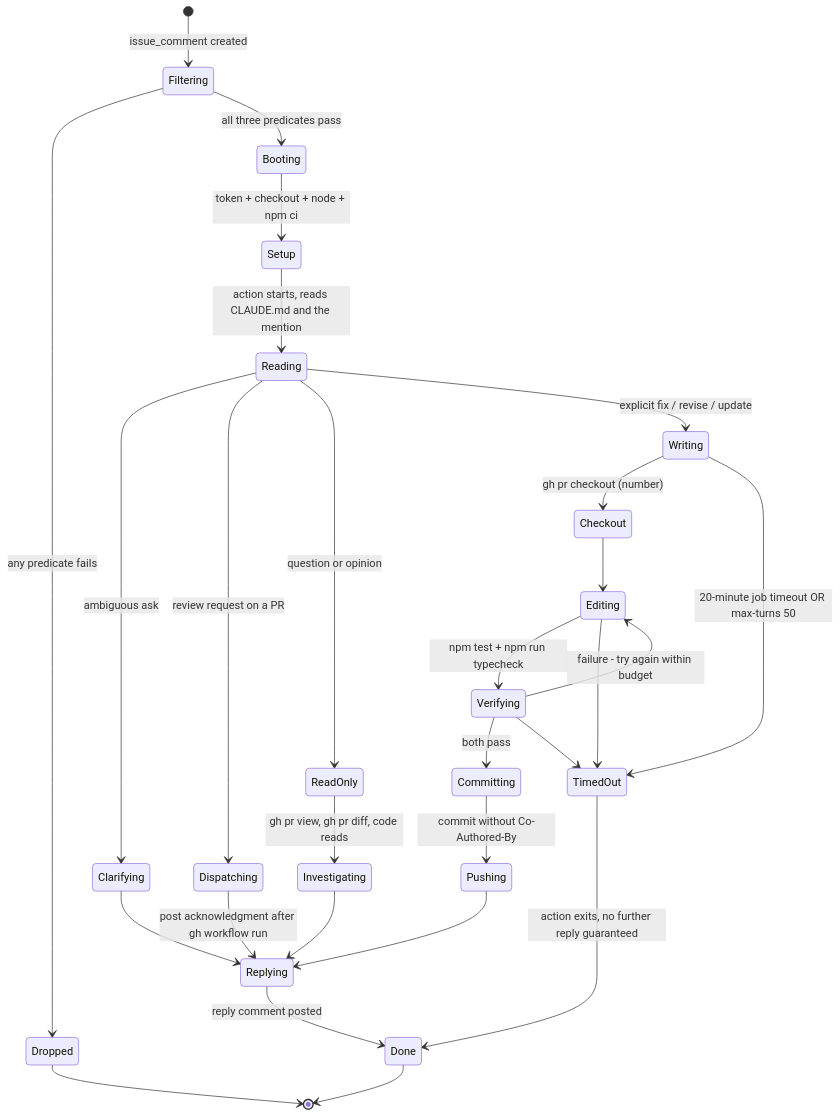
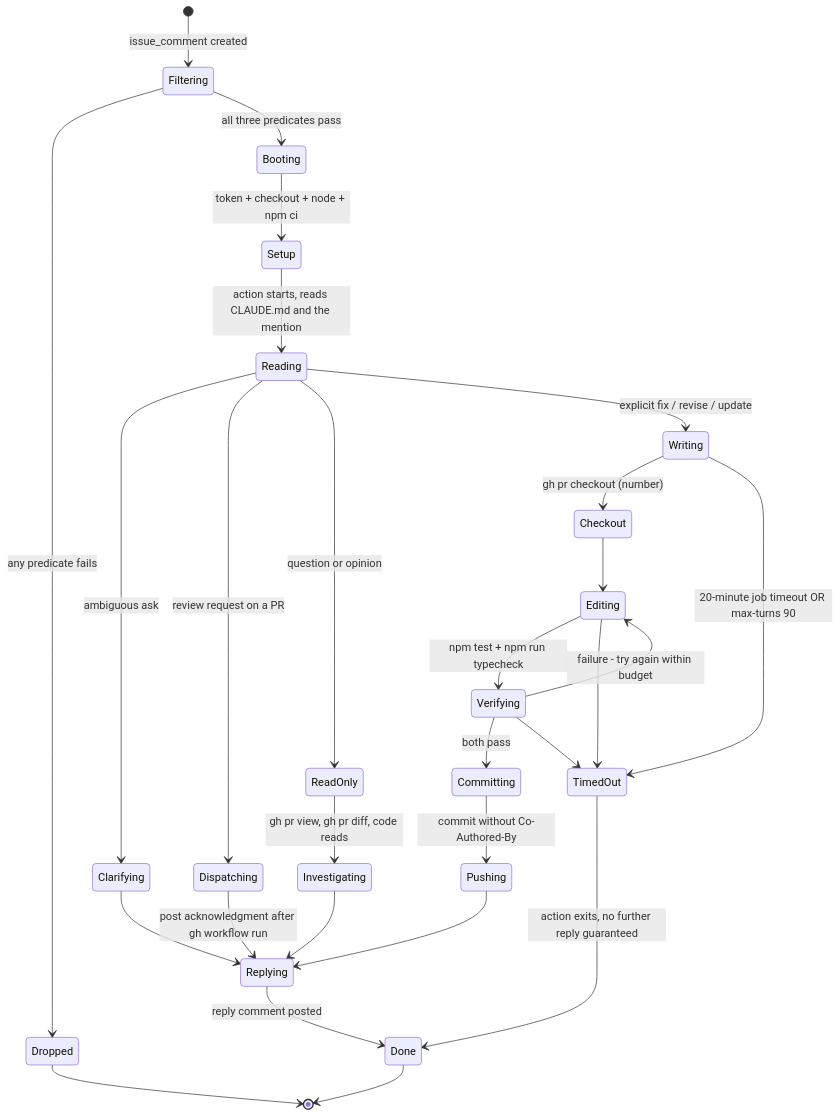
Diagram 11 of 13 in .github/docs/BOT_RESPOND_DEEP_DIVE.md (llm-exe/llm-exe), drawn with Mermaid before and after one commit. The commit also changed other lines of this file and 2 other files, not shown here.

First line of the commit message:
docs: sync bot-respond deep dive after max-turns bump to 90

````diff
--- a/.github/docs/BOT_RESPOND_DEEP_DIVE.md
+++ b/.github/docs/BOT_RESPOND_DEEP_DIVE.md
@@ -479,30 +479,30 @@
 ```mermaid
 stateDiagram-v2
     [*] --> Filtering: issue_comment created
     Filtering --> Dropped: any predicate fails
     Filtering --> Booting: all three predicates pass
     Booting --> Setup: token + checkout + node + npm ci
     Setup --> Reading: action starts, reads CLAUDE.md and the mention
     Reading --> Clarifying: ambiguous ask
     Reading --> Dispatching: review request on a PR
     Reading --> ReadOnly: question or opinion
     Reading --> Writing: explicit fix / revise / update
     Dispatching --> Replying: post acknowledgment after gh workflow run
     Clarifying --> Replying
     ReadOnly --> Investigating: gh pr view, gh pr diff, code reads
     Investigating --> Replying
     Writing --> Checkout: gh pr checkout (number)
     Checkout --> Editing
     Editing --> Verifying: npm test + npm run typecheck
     Verifying --> Editing: failure - try again within budget
     Verifying --> Committing: both pass
     Committing --> Pushing: commit without Co-Authored-By
     Pushing --> Replying
     Replying --> Done: reply comment posted
-    Writing --> TimedOut: 20-minute job timeout OR max-turns 50
+    Writing --> TimedOut: 20-minute job timeout OR max-turns 90
     Editing --> TimedOut
     Verifying --> TimedOut
     TimedOut --> Done: action exits, no further reply guaranteed
     Dropped --> [*]
     Done --> [*]
 ```
````
